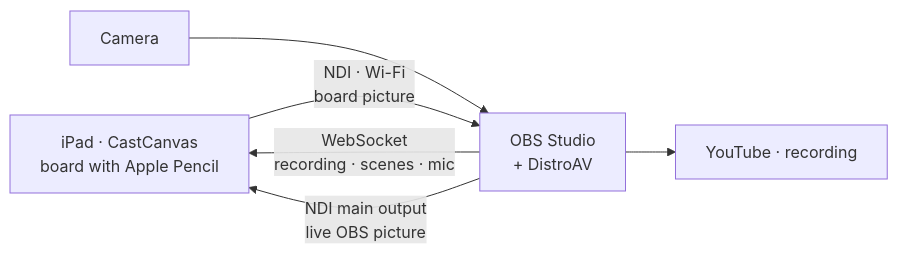
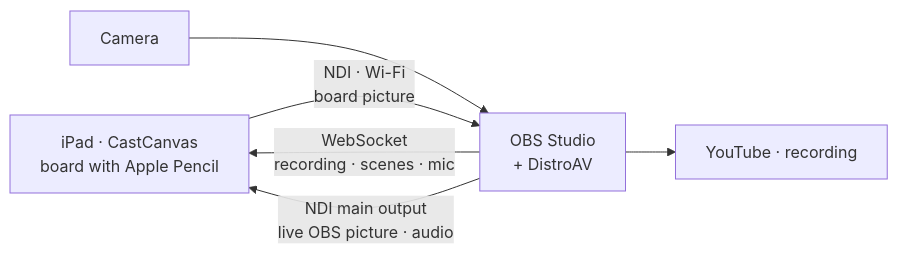
One commit to HIDIRsoftware/CastCanvas changed the second of 2 diagrams in README.md. Above: the diagram before and after it, drawn with Mermaid. The commit also changed other lines of this file and 1 other file, not shown here.

First line of the commit message:
Yeni özellikler, gizlilikte OBS sesi / New features, OBS audio in privacy policy

````diff
--- a/README.md
+++ b/README.md
@@ -168,8 +192,8 @@
 ```mermaid
 flowchart LR
     iPad["iPad · CastCanvas<br/>board with Apple Pencil"] -- "NDI · Wi-Fi<br/>board picture" --> OBS["OBS Studio<br/>+ DistroAV"]
     OBS -- "WebSocket<br/>recording · scenes · mic" --> iPad
-    OBS -- "NDI main output<br/>live OBS picture" --> iPad
+    OBS -- "NDI main output<br/>live OBS picture · audio" --> iPad
     Camera["Camera"] --> OBS
     OBS --> Out["YouTube · recording"]
 ```
````
